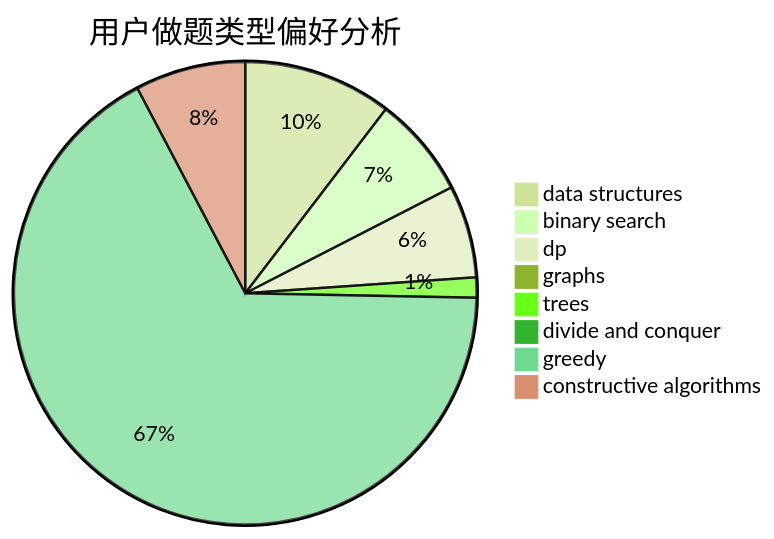
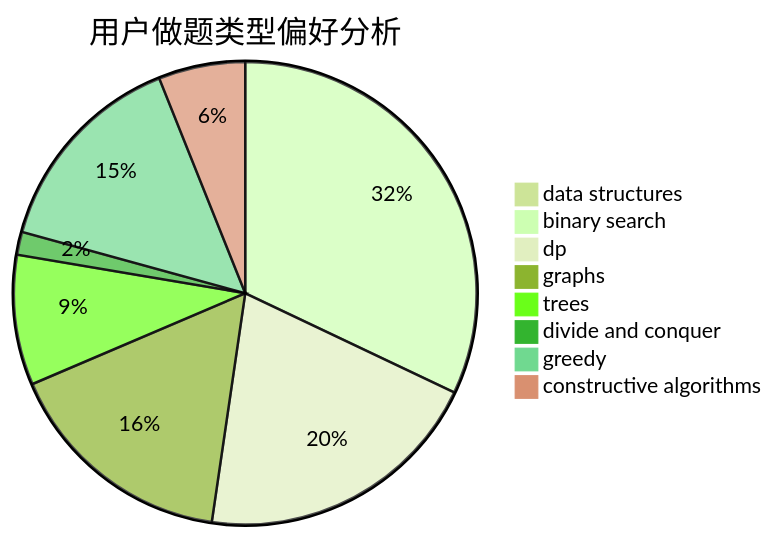
One commit to sherpahu/cfrs.github.io changed the second of 3 diagrams in docs/user/u412.md. Above: the diagram before and after it, drawn with Mermaid (forest theme). The commit also changed other lines of this file and 2770 other files, not shown here.

````diff
--- a/docs/user/u412.md
+++ b/docs/user/u412.md
@@ -23,11 +23,11 @@
 ```mermaid
 pie title 用户做题类型偏好分析
-    "data structures" :  66
-    "binary search" :  45
-    "dp" :  41
-    "graphs" :  0
-    "trees" :  9
-    "divide and conquer" :  0
-    "greedy" :  426
-    "constructive algorithms" :  49
+    "data structures" :  6
+    "binary search" :  201
+    "dp" :  127
+    "graphs" :  102
+    "trees" :  57
+    "divide and conquer" :  10
+    "greedy" :  92
+    "constructive algorithms" :  38
 ```
````
